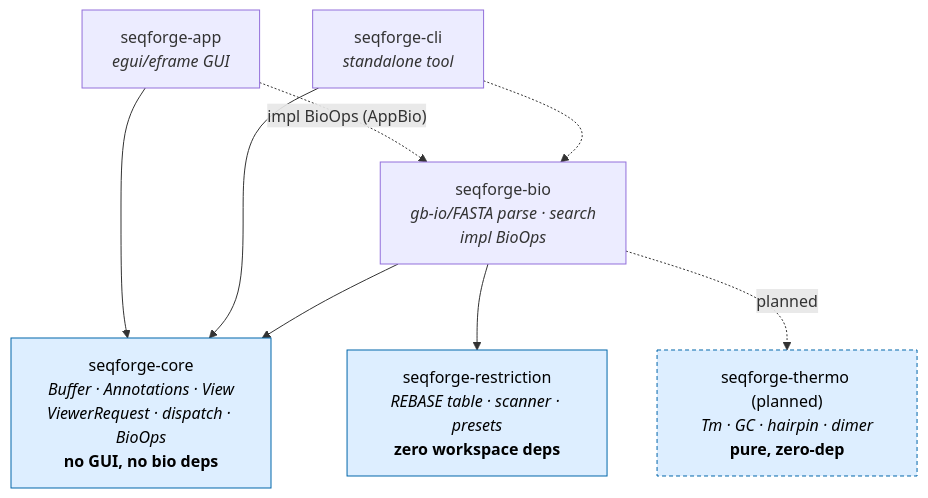
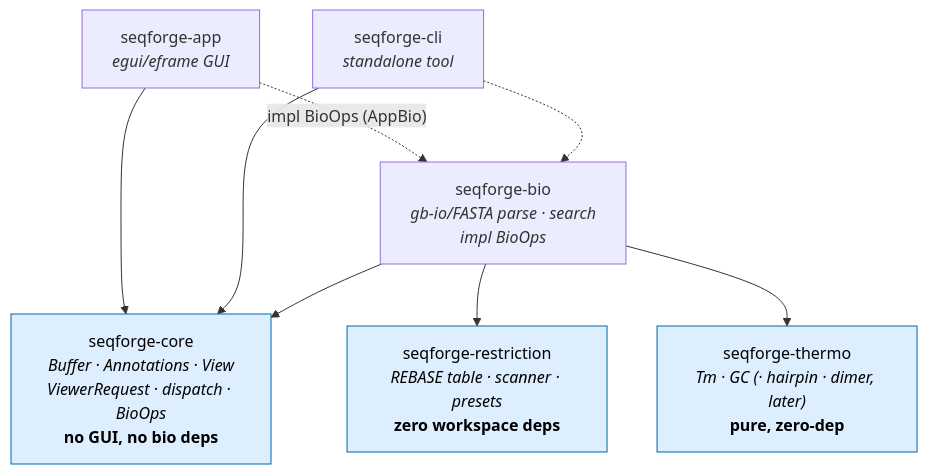
The first of 2 diagrams in docs/architecture.md (cmoscy/seqforge), drawn with Mermaid before and after one commit. The commit also changed other lines of this file and 18 other files, not shown here.

First line of the commit message:
feat(thermo): Phase 0.1 — vendor seqfold → seqforge-thermo + `seqforge tm`

````diff
--- a/docs/architecture.md
+++ b/docs/architecture.md
@@ -13,22 +13,20 @@
 ```mermaid
 flowchart TD
     app["seqforge-app<br/><i>egui/eframe GUI</i>"]
     cli["seqforge-cli<br/><i>standalone tool</i>"]
     core["seqforge-core<br/><i>Buffer · Annotations · View<br/>ViewerRequest · dispatch · BioOps</i><br/><b>no GUI, no bio deps</b>"]
     bio["seqforge-bio<br/><i>gb-io/FASTA parse · search<br/>impl BioOps</i>"]
     restr["seqforge-restriction<br/><i>REBASE table · scanner · presets</i><br/><b>zero workspace deps</b>"]
-    thermo["seqforge-thermo (planned)<br/><i>Tm · GC · hairpin · dimer</i><br/><b>pure, zero-dep</b>"]
+    thermo["seqforge-thermo<br/><i>Tm · GC (· hairpin · dimer, later)</i><br/><b>pure, zero-dep</b>"]
 
     app --> core
     cli --> core
     app -.->|"impl BioOps (AppBio)"| bio
     cli -.-> bio
     bio --> core
     bio --> restr
-    bio -.->|planned| thermo
+    bio --> thermo
 
     classDef pure fill:#def,stroke:#06a,color:#000;
-    classDef planned stroke-dasharray:4 3;
     class core,restr,thermo pure;
-    class thermo planned;
 ```
````
